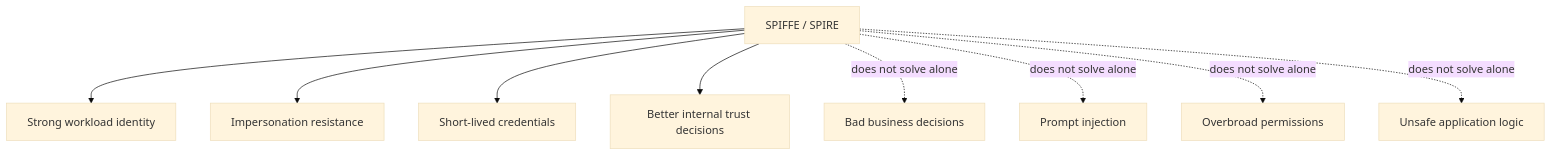
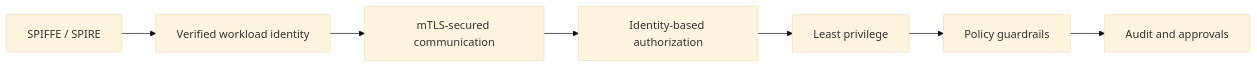
Before and after one commit to babywyrm/sysadmin: the eighth of 8 diagrams in modeling/spire/redteam__.md, drawn with Mermaid (base theme). The commit also changed other lines of this file, not shown here.

````diff
--- a/modeling/spire/redteam__.md
+++ b/modeling/spire/redteam__.md
@@ -355,12 +576,9 @@
 ```mermaid
-flowchart TD
-    A[SPIFFE / SPIRE] --> B[Strong workload identity]
-    A --> C[Impersonation resistance]
-    A --> D[Short-lived credentials]
-    A --> E[Better internal trust decisions]
-
-    A -. does not solve alone .-> F[Bad business decisions]
-    A -. does not solve alone .-> G[Prompt injection]
-    A -. does not solve alone .-> H[Overbroad permissions]
-    A -. does not solve alone .-> I[Unsafe application logic]
+flowchart LR
+    A[SPIFFE / SPIRE] --> B[Verified workload identity]
+    B --> C[mTLS-secured communication]
+    C --> D[Identity-based authorization]
+    D --> E[Least privilege]
+    E --> F[Policy guardrails]
+    F --> G[Audit and approvals]
 ```
````
